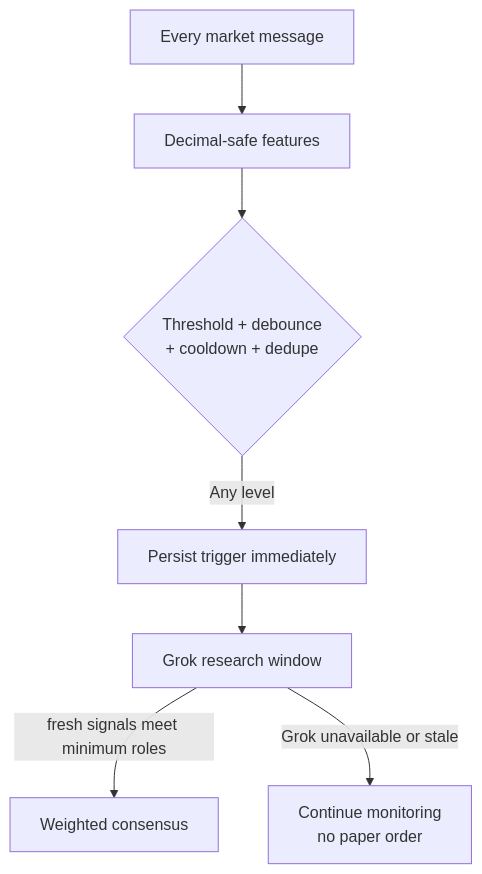
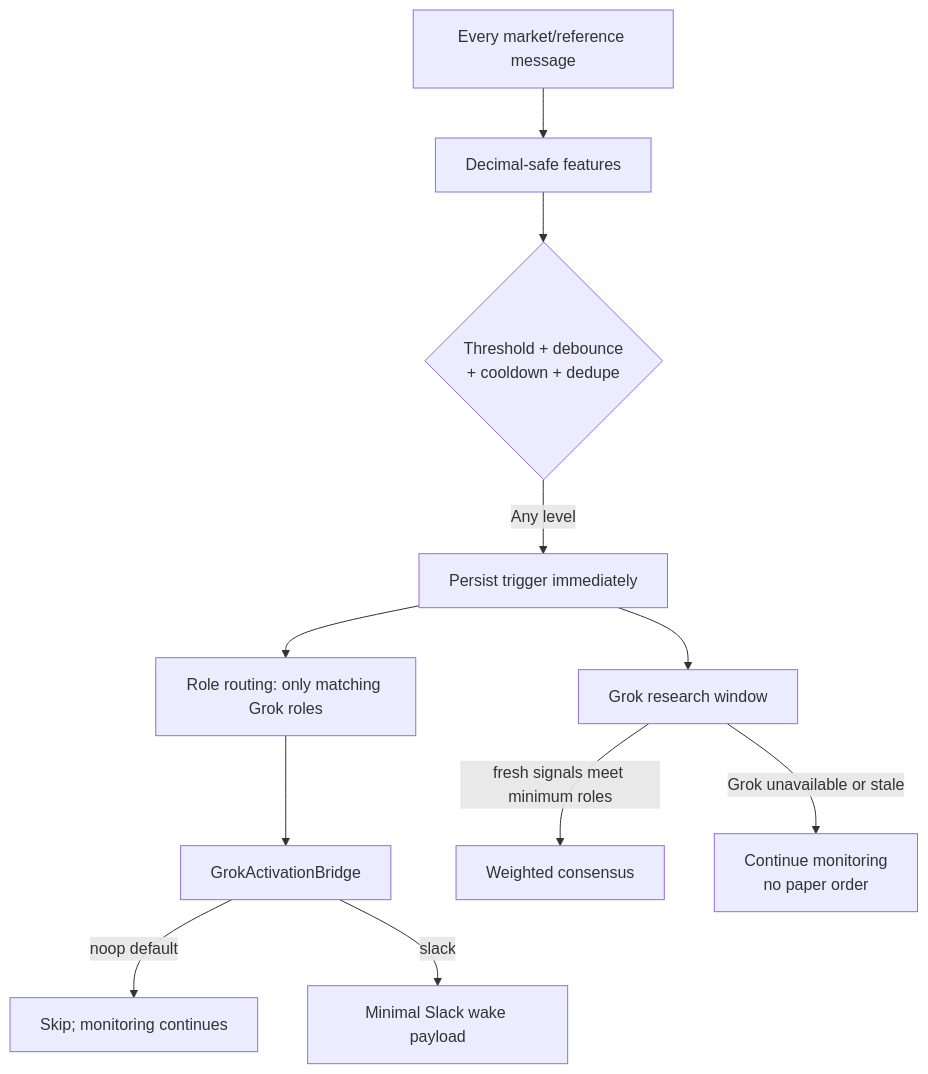
The second of 4 diagrams in README.md (mstfgncr23-eng/Polymarket-Engine), drawn with Mermaid before and after one commit. The commit also changed other lines of this file and 63 other files, not shown here.

First line of the commit message:
Multi-crypto Grok activation + paper-engine hardening (#2)

````diff
--- a/README.md
+++ b/README.md
@@ -33,9 +91,13 @@
 ```mermaid
 flowchart TD
-  M[Every market message] --> F[Decimal-safe features]
+  M[Every market/reference message] --> F[Decimal-safe features]
   F --> G{Threshold + debounce\n+ cooldown + dedupe}
   G -->|Any level| P[Persist trigger immediately]
+  P --> R[Role routing: only matching Grok roles]
+  R --> A[GrokActivationBridge]
+  A -->|noop default| N[Skip; monitoring continues]
+  A -->|slack| S[Minimal Slack wake payload]
   P --> W[Grok research window]
   W -->|fresh signals meet minimum roles| C[Weighted consensus]
   W -->|Grok unavailable or stale| M2[Continue monitoring\nno paper order]
 ```
````
